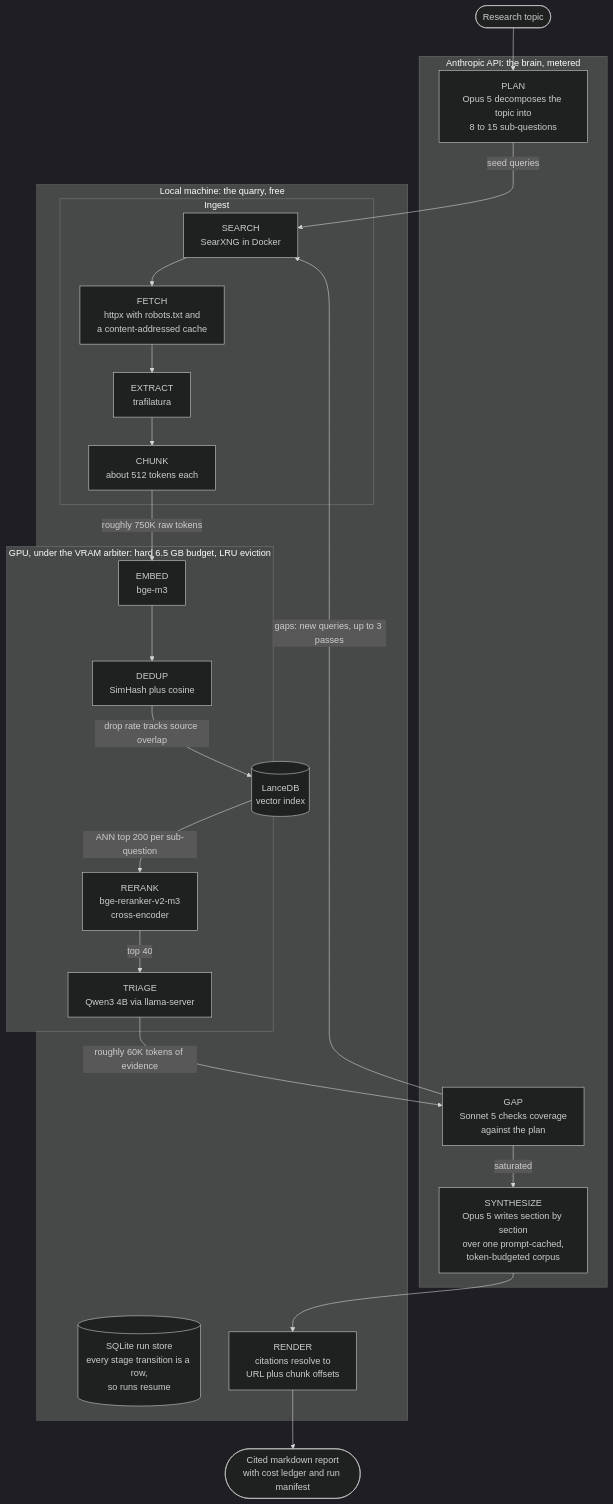
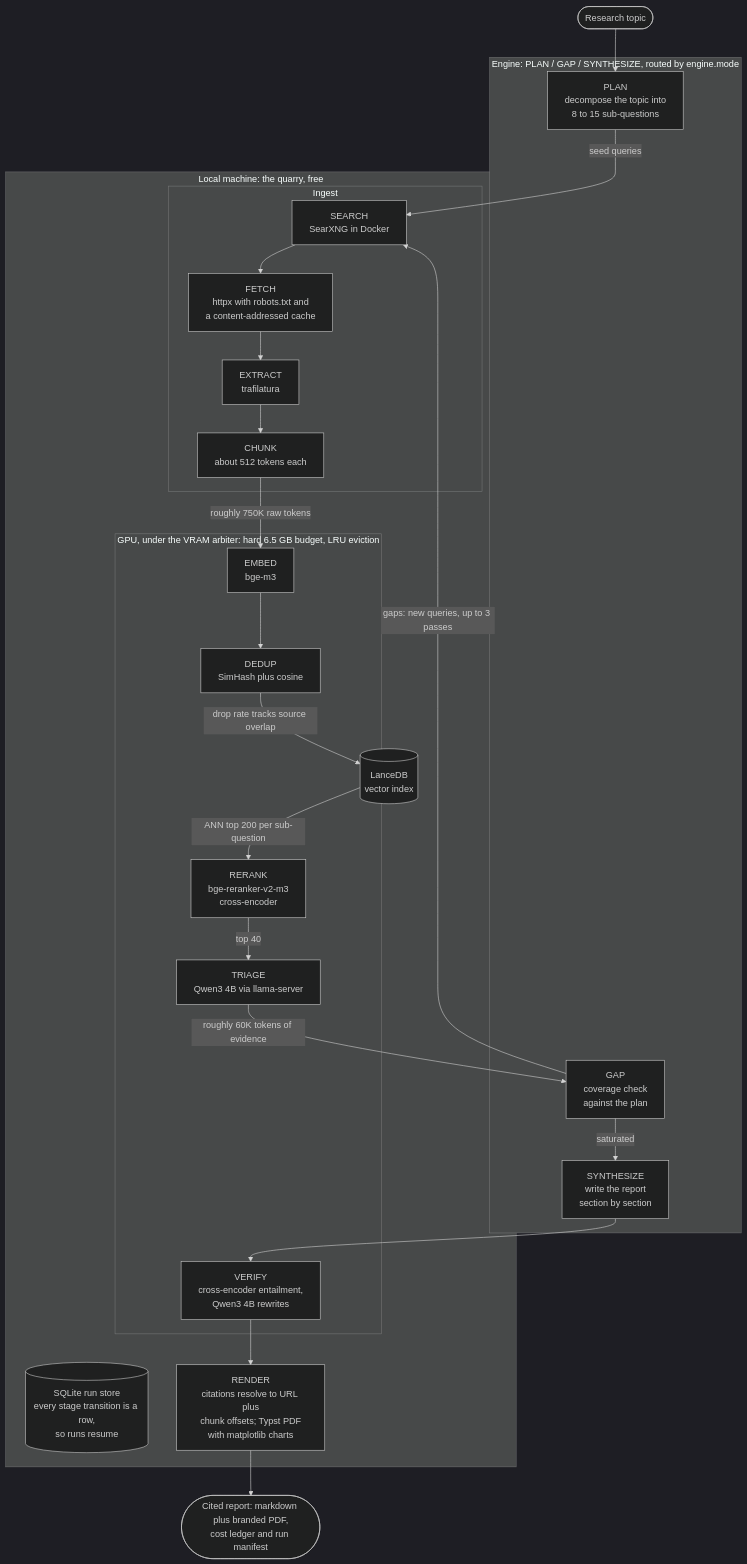
Before and after one commit to vignesh-nagarajan-vn/Quarry-LDR: the diagram in docs/Architecture.md, drawn with Mermaid (dark theme). The commit also changed other lines of this file and 2 other files, not shown here.

First line of the commit message:
docs(repo): describe the v1 engines, verify stage, and pdf in the docs

````diff
--- a/docs/Architecture.md
+++ b/docs/Architecture.md
@@ -9,45 +9,47 @@
 ```mermaid
 flowchart TB
     topic(["Research topic"])
-    report(["Cited markdown report<br/>with cost ledger and run manifest"])
+    report(["Cited report: markdown plus branded PDF,<br/>cost ledger and run manifest"])
 
-    subgraph api["Anthropic API: the brain, metered"]
-        PLAN["PLAN<br/>Opus 5 decomposes the topic into<br/>8 to 15 sub-questions"]
-        GAP["GAP<br/>Sonnet 5 checks coverage<br/>against the plan"]
-        SYNTH["SYNTHESIZE<br/>Opus 5 writes section by section<br/>over one prompt-cached,<br/>token-budgeted corpus"]
+    subgraph engine["Engine: PLAN / GAP / SYNTHESIZE, routed by engine.mode"]
+        PLAN["PLAN<br/>decompose the topic into<br/>8 to 15 sub-questions"]
+        GAP["GAP<br/>coverage check<br/>against the plan"]
+        SYNTH["SYNTHESIZE<br/>write the report<br/>section by section"]
     end
 
     subgraph local["Local machine: the quarry, free"]
         subgraph ingest["Ingest"]
             SEARCH["SEARCH<br/>SearXNG in Docker"]
             FETCH["FETCH<br/>httpx with robots.txt and<br/>a content-addressed cache"]
             EXTRACT["EXTRACT<br/>trafilatura"]
             CHUNK["CHUNK<br/>about 512 tokens each"]
         end
         subgraph gpu["GPU, under the VRAM arbiter: hard 6.5 GB budget, LRU eviction"]
             EMBED["EMBED<br/>bge-m3"]
             DEDUP["DEDUP<br/>SimHash plus cosine"]
             RERANK["RERANK<br/>bge-reranker-v2-m3<br/>cross-encoder"]
             TRIAGE["TRIAGE<br/>Qwen3 4B via llama-server"]
+            VERIFY["VERIFY<br/>cross-encoder entailment,<br/>Qwen3 4B rewrites"]
         end
         LANCE[("LanceDB<br/>vector index")]
         STATE[("SQLite run store<br/>every stage transition is a row,<br/>so runs resume")]
-        RENDER["RENDER<br/>citations resolve to<br/>URL plus chunk offsets"]
+        RENDER["RENDER<br/>citations resolve to URL plus<br/>chunk offsets; Typst PDF<br/>with matplotlib charts"]
     end
 
     topic --> PLAN
     PLAN -->|"seed queries"| SEARCH
     SEARCH --> FETCH
     FETCH --> EXTRACT
     EXTRACT --> CHUNK
     CHUNK -->|"roughly 750K raw tokens"| EMBED
     EMBED --> DEDUP
     DEDUP -->|"drop rate tracks source overlap"| LANCE
     LANCE -->|"ANN top 200 per sub-question"| RERANK
     RERANK -->|"top 40"| TRIAGE
     TRIAGE -->|"roughly 60K tokens of evidence"| GAP
     GAP -->|"gaps: new queries, up to 3 passes"| SEARCH
     GAP -->|"saturated"| SYNTH
-    SYNTH --> RENDER
+    SYNTH --> VERIFY
+    VERIFY --> RENDER
     RENDER --> report
 ```
````
